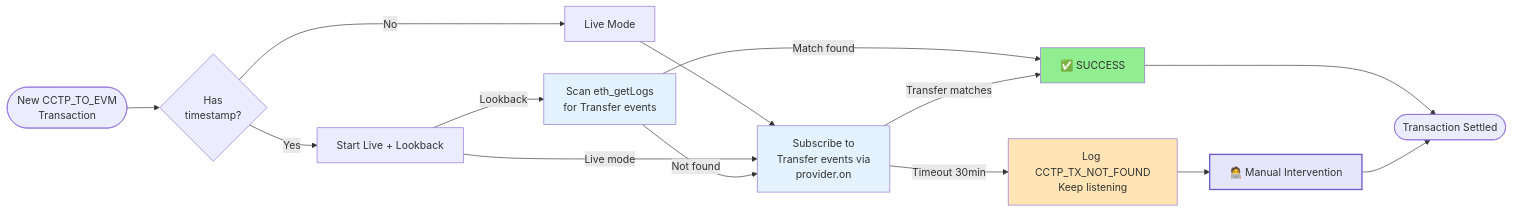
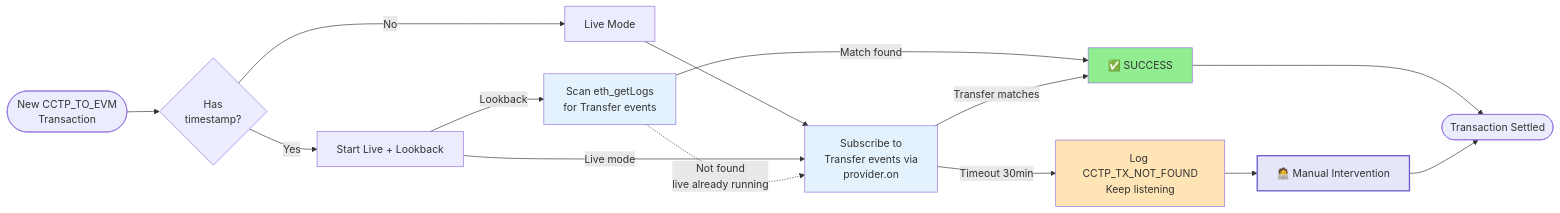
The first of 3 diagrams in packages/portfolio-contract/resolver-service.md (gibson042/agoric-sdk), drawn with Mermaid before and after one commit. The commit also changed other lines of this file, not shown here.

````diff
--- a/packages/portfolio-contract/resolver-service.md
+++ b/packages/portfolio-contract/resolver-service.md
@@ -174,27 +184,27 @@
 ```mermaid
 flowchart LR
   Start([New CCTP_TO_EVM<br/>Transaction]) --> Mode{Has<br/>timestamp?}
 
   Mode -->|No| LiveOnly[Live Mode]
   Mode -->|Yes| Both[Start Live + Lookback]
 
   LiveOnly --> LiveSub[Subscribe to<br/>Transfer events via<br/>provider.on]
   Both -->|Live mode| LiveSub
   Both -->|Lookback| Scan[Scan eth_getLogs<br/>for Transfer events]
 
   Scan -->|Match found| Success[✅ SUCCESS]
-  Scan -->|Not found| LiveSub
+  Scan -.->|Not found<br/>live already running| LiveSub
 
   LiveSub -->|Transfer matches| Success
   LiveSub -->|Timeout 30min| Log[Log CCTP_TX_NOT_FOUND<br/>Keep listening]
   Log --> Manual[🧑‍💻 Manual Intervention]
 
   Success --> Done([Transaction Settled])
   Manual --> Done
 
   style Success fill:#90EE90
   style LiveSub fill:#E3F2FD
   style Scan fill:#E3F2FD
   style Log fill:#FFE4B5
   style Manual fill:#E6E6FA,stroke:#6A5ACD,stroke-width:2px
 ```
````
